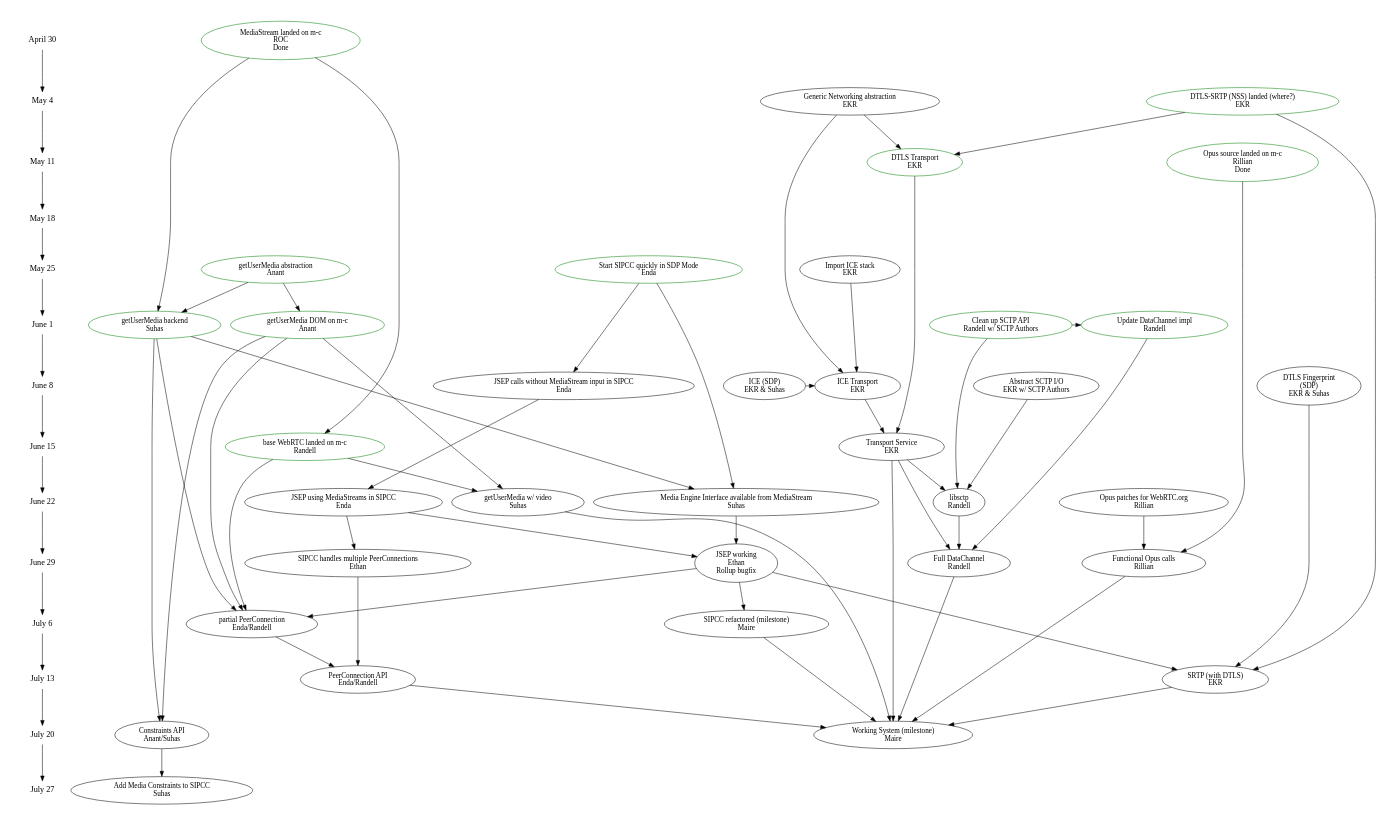
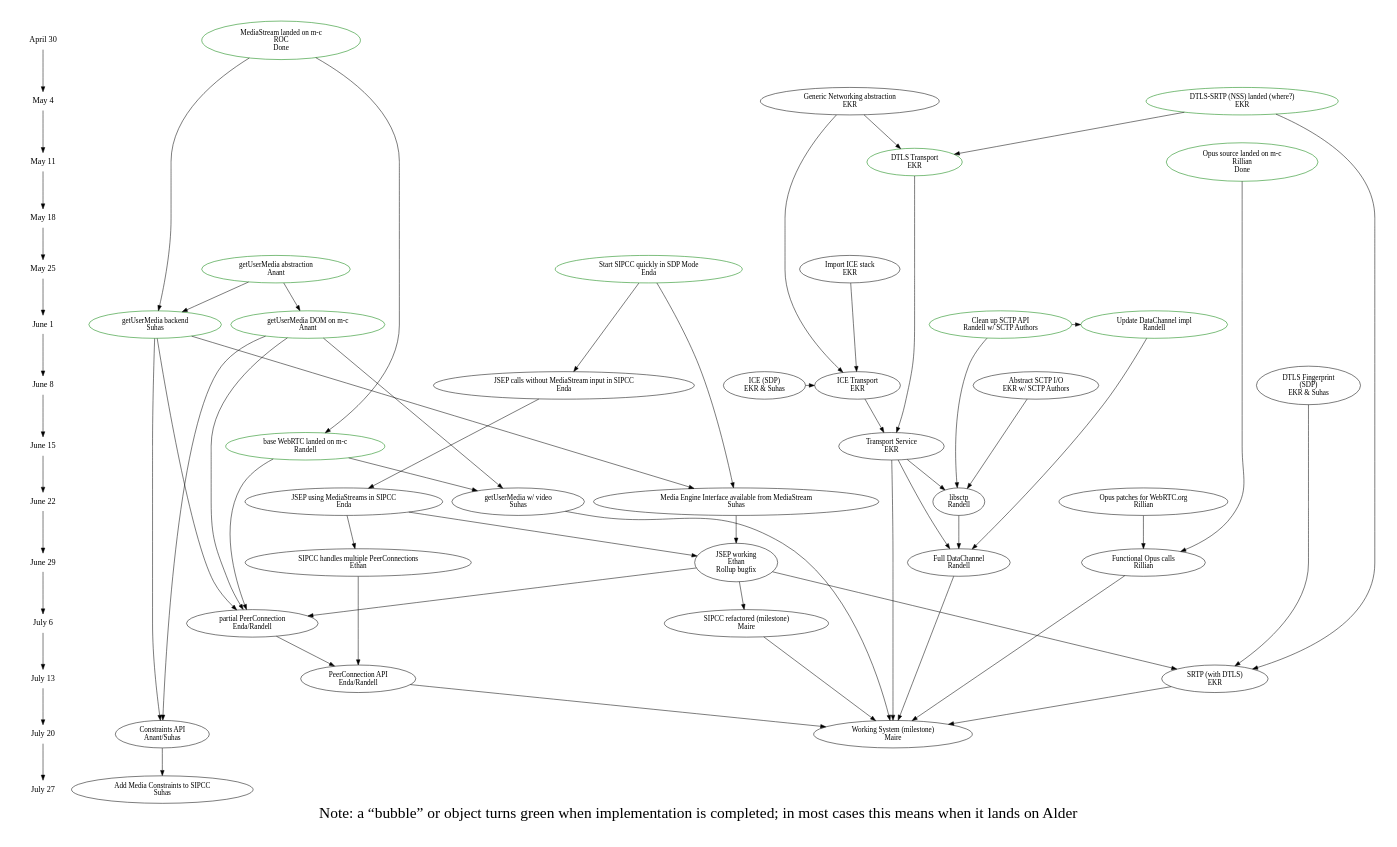
Before and after one commit to mozilla/webrtc: the diagram in planning/webrtc.dot, drawn with Graphviz. The commit also changed 1 other file, not shown here.

```diff
--- a/planning/webrtc.dot
+++ b/planning/webrtc.dot
@@ -1,137 +1,143 @@
 digraph G {
+labelloc="b";
+fontsize=30;
+style=bold;
+label="Note: a “bubble” or object turns green when implementation is completed; in most cases this means when it lands on Alder"
+
 ranksep=.75; size = "7.5,7.5";
 {
 node [shape=plaintext, fontsize=16]; /* the time-line graph */ 
      "April 30"-> "May 4"-> "May 11"-> "May 18"-> "May 25"-> "June 1"-> "June 8"-> "June 15"-> "June 22"-> "June 29"-> "July 6"-> "July 13"-> "July 20"-> "July 27"
 }
 
 	{rank = same; "April 30";
 	   mediastream [label = "MediaStream landed on m-c\nROC\nDone" color=green];
         }
         
         {
            rank = same; "May 4";
 	   genericio [label = "Generic Networking abstraction\nEKR"]
 	   dtlssrtp [label = "DTLS-SRTP (NSS) landed (where?)\nEKR" color=green]
         }
 
 	{rank = same; "May 11";
 	   opussrc [label = "Opus source landed on m-c\nRillian\nDone" color = green]
 	   dtlstransport [label = "DTLS Transport\nEKR"  color=green];
 	}
         mediastream->getusermedia
 	dtlssrtp -> dtlstransport
 	genericio -> dtlstransport
 
 	{rank = same; "May 18";
 	}
 	
 	{rank = same; "May 25";
 	   getusermedia_abstract [label = "getUserMedia abstraction\nAnant" color=green]
 	   nicer [label = "Import ICE stack\nEKR"];
 	   sipccsdp [ label = "Start SIPCC quickly in SDP Mode\nEnda" color=green];
         }	   	   
 	getusermedia_abstract->getusermedia_DOM
 	getusermedia_abstract->getusermedia
 	webrtc->peerconnection_first
 
 	{rank = same; "June 1";
 	   sctpupdate [label = "Clean up SCTP API\nRandell w/ SCTP Authors" color=green];
 	   datachannelupdate [label = "Update DataChannel impl\nRandell" color=green];
 	   getusermedia [label = "getUserMedia backend\nSuhas" color=green]
 	   getusermedia_DOM [label = "getUserMedia DOM on m-c\nAnant" color=green]
         }
 	getusermedia -> peerconnection_first
 	getusermedia_DOM -> peerconnection_first
 
 	{rank = same; "June 8";
 	   icetransport [ label = "ICE Transport\nEKR"];
 	   sctpio [ label = "Abstract SCTP I/O\nEKR w/ SCTP Authors"]
 	   dtlsfingerprint [ label = "DTLS Fingerprint\n(SDP)\nEKR & Suhas"];
 	   iceparams [label = "ICE (SDP)\nEKR & Suhas"];
            sipccjsep [ label = "JSEP calls without MediaStream input in SIPCC\nEnda"];
 	}
 
 	nicer -> icetransport
 	genericio -> icetransport
 	iceparams -> icetransport
         sipccsdp -> sipccjsep
 
 	{rank = same; "June 15";
 	   webrtc [label = "base WebRTC landed on m-c\nRandell" color=green];
 	   transport [label = "Transport Service\nEKR"];
 	} 
 	mediastream -> webrtc;
 	getusermedia_DOM -> constraints;
 	getusermedia -> constraints;
 	dtlstransport -> transport
 	icetransport -> transport
 	sipccjsep -> sipccjsepmediastreams
 	getusermedia -> sipccmediaengine
         sipccsdp -> sipccmediaengine
 
         {rank = same; "June 22"; 
            sipccjsepmediastreams [label = "JSEP using MediaStreams in SIPCC\nEnda"];
            sipccmediaengine [label = "Media Engine Interface available from MediaStream\nSuhas"];
           opuswebrtc [label = "Opus patches for WebRTC.org\nRillian"];
           getusermedia_video [label = "getUserMedia w/ video\nSuhas"]
           sctp_library [label = "libsctp\nRandell"];
         }
 	sipccjsepmediastreams -> JSEP
 	sipccmediaengine -> JSEP
         sipccjsepmediastreams -> sipccmultipeerconn
 	constraints -> sipccmediaconstraints
 	getusermedia_DOM -> getusermedia_video
 	webrtc -> getusermedia_video
 
         {rank = same; "June 29"; 
 	  JSEP [ label = "JSEP working\nEthan\nRollup bugfix"]; 
           sipccmultipeerconn [label = "SIPCC handles multiple PeerConnections\nEthan"];
 	   datachannel [label = "Full DataChannel\nRandell"];
 	   opus [ label = "Functional Opus calls\nRillian"];
 	}
 
         {rank = same; "July 6"; 
 	   peerconnection_first [label = "partial PeerConnection\nEnda/Randell"];
 	   sipccrefactor [label = "SIPCC refactored (milestone)\nMaire"];
 	}
 
         dtlsfingerprint -> srtp
 	dtlssrtp -> srtp
 	JSEP -> srtp
 	JSEP -> peerconnection_first
         JSEP -> sipccrefactor
 	opussrc -> opus
 	opuswebrtc -> opus
 
         {rank = same; "July 13"; 
 	   srtp [label = "SRTP (with DTLS)\nEKR"] 
 	   peerconnection [label = "PeerConnection API\nEnda/Randell"];
 	}
 	peerconnection_first -> peerconnection
         sipccmultipeerconn -> peerconnection
 
         {rank = same; "July 20"; 
 	   constraints [label = "Constraints API\nAnant/Suhas"];
 	   working [ label = "Working System (milestone)\nMaire" ] 
 	}
 
         {rank = same; "July 27"; 
           sipccmediaconstraints [ label = "Add Media Constraints to SIPCC\nSuhas"]; 
 	}
 
 	transport -> working
 	transport -> datachannel
 	peerconnection -> working
 	sctpio-> sctp_library
 	sctpupdate -> sctp_library
 	sctpupdate -> datachannelupdate
 	datachannelupdate -> datachannel
 	sctp_library -> datachannel
 	transport -> sctp_library
 	datachannel -> working
 	srtp -> working
 	opus -> working
 	sipccrefactor -> working
 	getusermedia_video -> working
+
 }
```
